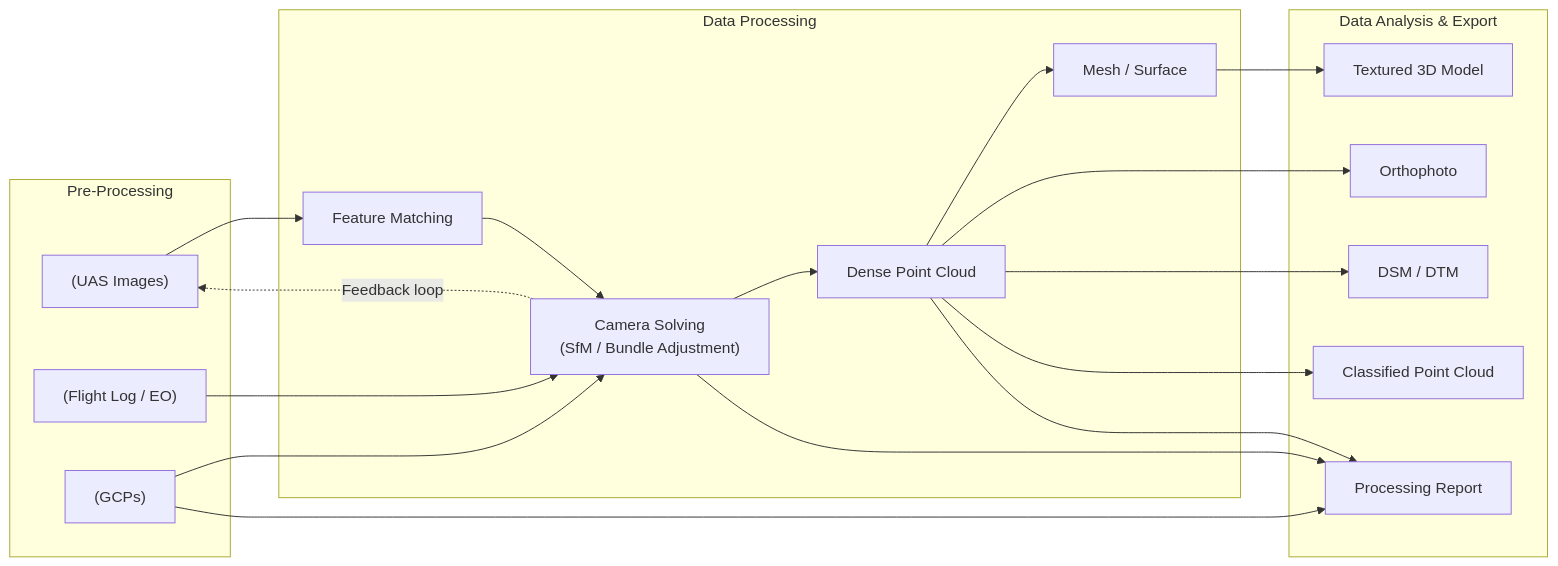
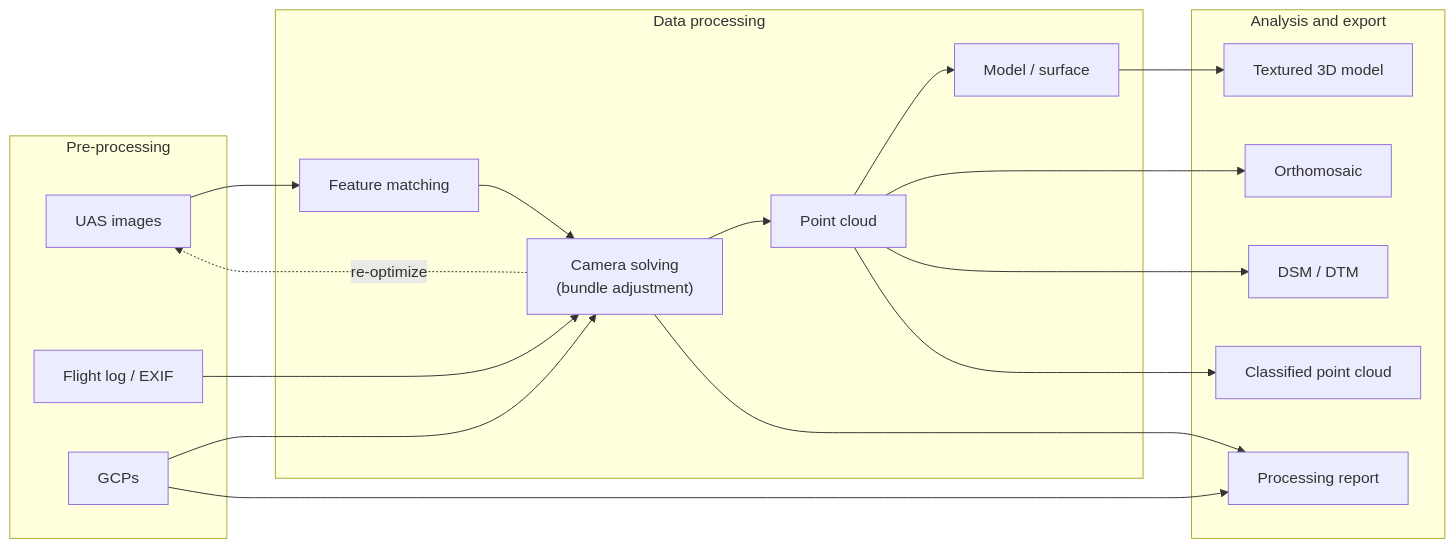
The diagram in course/topics/topic_2_sfm/lectures/lecture_2b.qmd (ncsu-geoforall-lab/gis-584-uas-course), drawn with Mermaid before and after one commit. The commit also changed other lines of this file and 34 other files, not shown here.

````diff
--- a/course/topics/topic_2_sfm/lectures/lecture_2b.qmd
+++ b/course/topics/topic_2_sfm/lectures/lecture_2b.qmd
@@ -69,37 +35,31 @@
 ```{mermaid}
-%% Photogrammetric big-picture workflow
 flowchart LR
-  subgraph A["Pre-Processing"]
-    IMAGES["(UAS Images)"]
-    LOG["(Flight Log / EO)"]
-    GCP["(GCPs)"]
+  subgraph A["Pre-processing"]
+    IMAGES["UAS images"]
+    LOG["Flight log / EXIF"]
+    GCP["GCPs"]
   end
-
-  subgraph B["Data Processing"]
-    MATCH[Feature Matching]
-    SOLVE["Camera Solving
-        (SfM / Bundle Adjustment)"]
-    DENSE[Dense Point Cloud]
-    MESH[Mesh / Surface]
+  subgraph B["Data processing"]
+    MATCH["Feature matching"]
+    SOLVE["Camera solving<br/>(bundle adjustment)"]
+    DENSE["Point cloud"]
+    MESH["Model / surface"]
   end
-
-  subgraph C["Data Analysis & Export"]
-    ORTHO[Orthophoto]
-    DSM[DSM / DTM]
-    PCLOUD[Classified Point Cloud]
-    TEXMODEL[Textured 3D Model]
-    REPORT[Processing Report]
+  subgraph C["Analysis and export"]
+    ORTHO["Orthomosaic"]
+    DSM["DSM / DTM"]
+    PCLOUD["Classified point cloud"]
+    TEXMODEL["Textured 3D model"]
+    REPORT["Processing report"]
   end
-
   IMAGES --> MATCH --> SOLVE --> DENSE --> MESH
-  SOLVE -. Feedback loop .-> IMAGES
+  SOLVE -. re-optimize .-> IMAGES
   LOG --> SOLVE
   GCP --> SOLVE
   DENSE --> ORTHO
   DENSE --> DSM
   DENSE --> PCLOUD
   MESH --> TEXMODEL
   SOLVE --> REPORT
-  DENSE --> REPORT
   GCP --> REPORT
 ```
````
